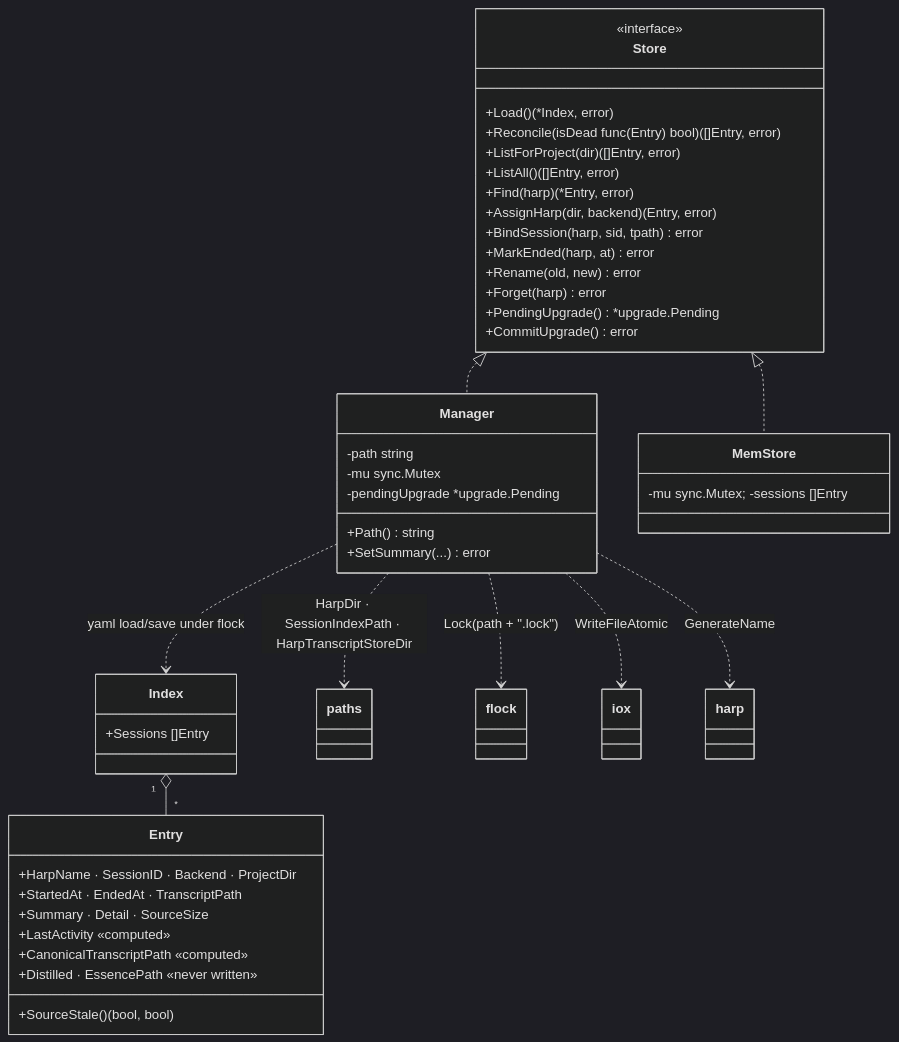
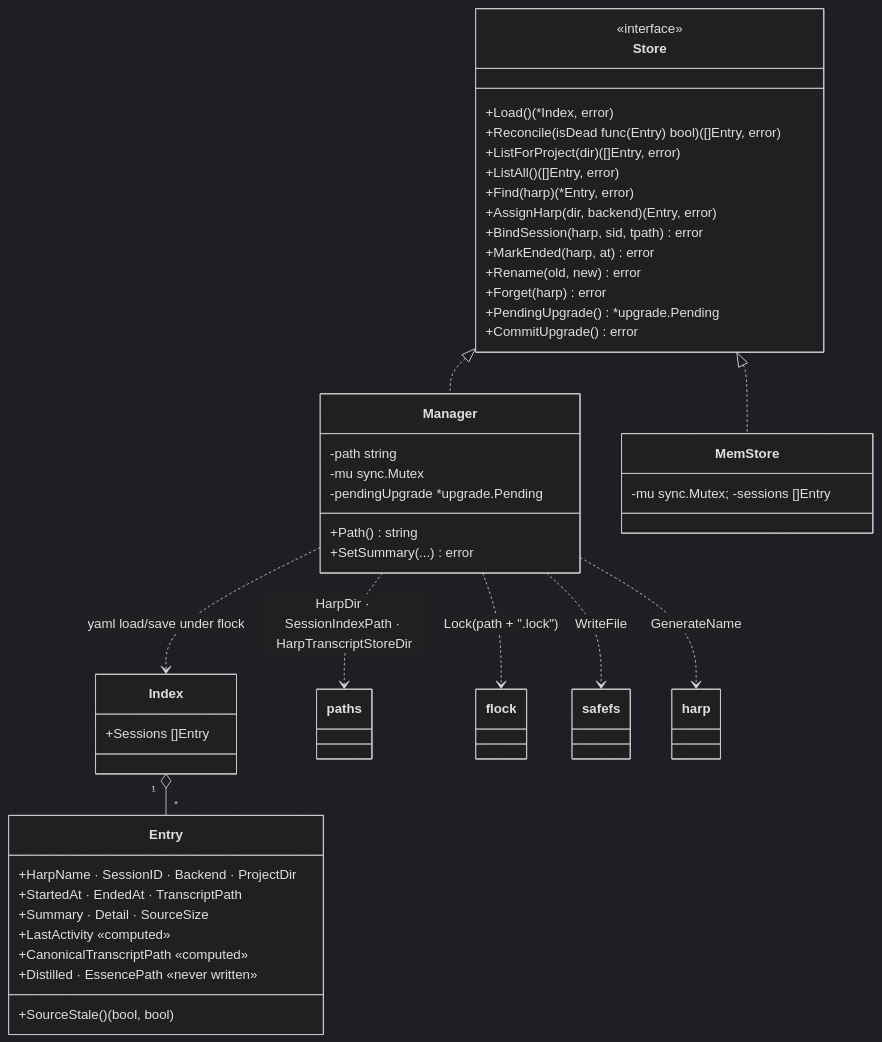
Before and after one commit to ctxloom/ctxloom: the first of 2 diagrams in docs/architecture/companions/sessions.md, drawn with Mermaid (dark theme). The commit also changed other lines of this file and 14 other files, not shown here.

First line of the commit message:
docs: name safefs and errwriter where the docs named iox

````diff
--- a/docs/architecture/companions/sessions.md
+++ b/docs/architecture/companions/sessions.md
@@ -22,45 +22,45 @@
 ```mermaid
 classDiagram
     class Store {
         <<interface>>
         +Load() (*Index, error)
         +Reconcile(isDead func(Entry) bool) ([]Entry, error)
         +ListForProject(dir) ([]Entry, error)
         +ListAll() ([]Entry, error)
         +Find(harp) (*Entry, error)
         +AssignHarp(dir, backend) (Entry, error)
         +BindSession(harp, sid, tpath) error
         +MarkEnded(harp, at) error
         +Rename(old, new) error
         +Forget(harp) error
         +PendingUpgrade() *upgrade.Pending
         +CommitUpgrade() error
     }
     class Manager {
         -path string
         -mu sync.Mutex
         -pendingUpgrade *upgrade.Pending
         +Path() string
         +SetSummary(...) error
     }
     class MemStore { -mu sync.Mutex; -sessions []Entry }
     class Index { +Sessions []Entry }
     class Entry {
         +HarpName · SessionID · Backend · ProjectDir
         +StartedAt · EndedAt · TranscriptPath
         +Summary · Detail · SourceSize
         +LastActivity  «computed»
         +CanonicalTranscriptPath  «computed»
         +Distilled · EssencePath  «never written»
         +SourceStale() (bool, bool)
     }
 
     Store <|.. Manager
     Store <|.. MemStore
     Manager ..> Index : yaml load/save under flock
     Index "1" o-- "*" Entry
     Manager ..> paths : HarpDir · SessionIndexPath · HarpTranscriptStoreDir
     Manager ..> flock : Lock(path + ".lock")
-    Manager ..> iox : WriteFileAtomic
+    Manager ..> safefs : WriteFile
     Manager ..> harp : GenerateName
 ```
````
